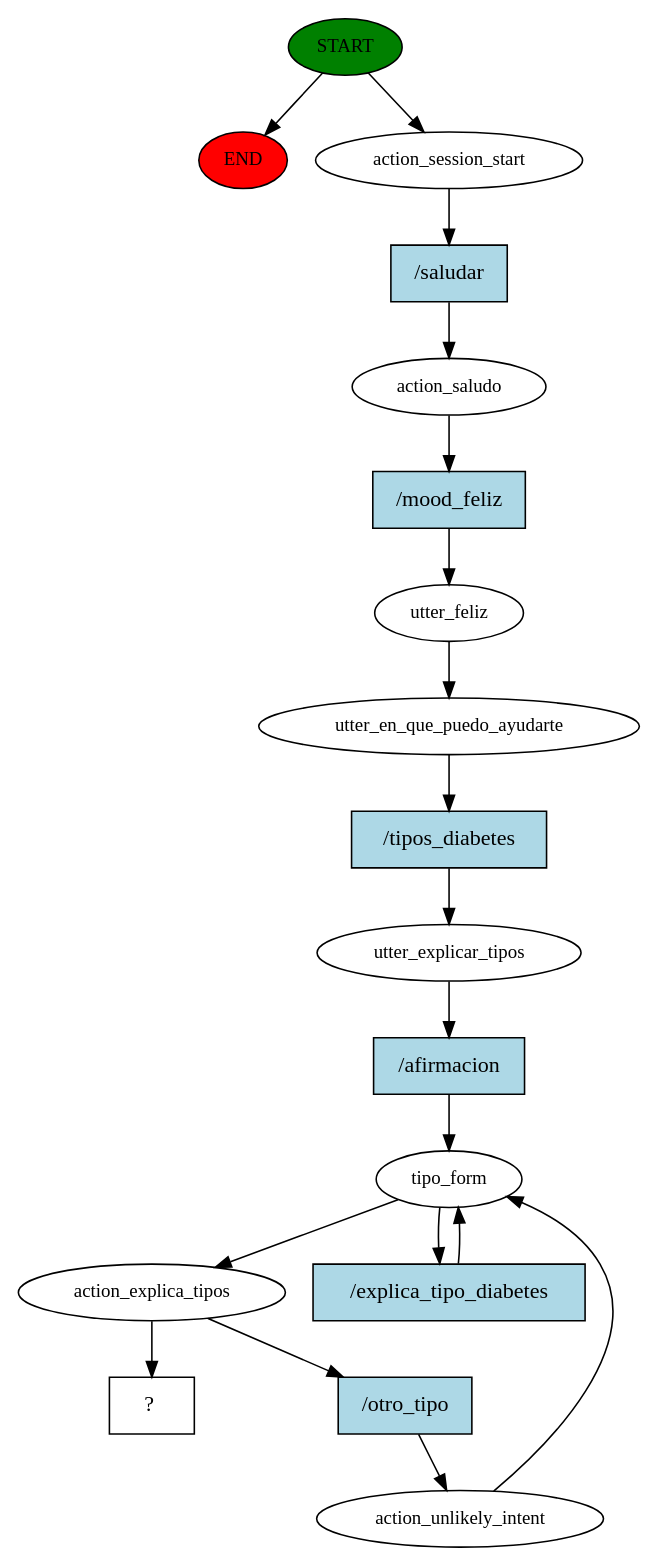
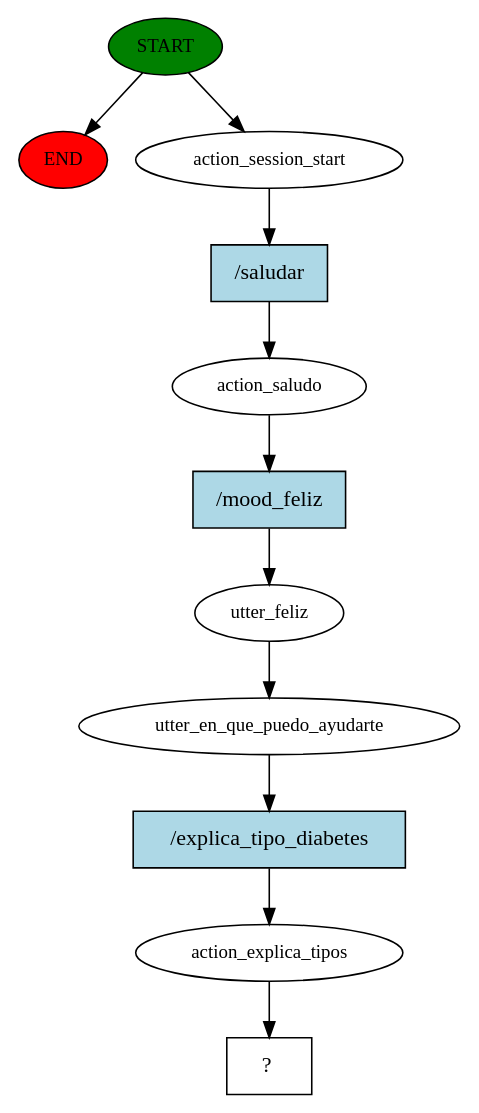
The diagram in story_graph.dot (GuillermoMejia22/ProyectoFinal), drawn with Graphviz before and after one commit. The commit also changed 639 other files, not shown here.

```diff
--- a/story_graph.dot
+++ b/story_graph.dot
@@ -1,37 +1,23 @@
 digraph  {
 0 [class="start active", fillcolor=green, fontsize=12, label=START, style=filled];
 "-1" [class=end, fillcolor=red, fontsize=12, label=END, style=filled];
 1 [class=active, fontsize=12, label=action_session_start];
 2 [class=active, fontsize=12, label=action_saludo];
 3 [class=active, fontsize=12, label=utter_feliz];
 4 [class=active, fontsize=12, label=utter_en_que_puedo_ayudarte];
-5 [class=active, fontsize=12, label=utter_explicar_tipos];
-6 [class=active, fontsize=12, label=tipo_form];
-8 [class=active, fontsize=12, label=action_explica_tipos];
-9 [class=active, fontsize=12, label=action_unlikely_intent];
-17 [class="intent dashed active", label="  ?  ", shape=rect];
-18 [class="intent active", fillcolor=lightblue, label="/saludar", shape=rect, style=filled];
-19 [class="intent active", fillcolor=lightblue, label="/mood_feliz", shape=rect, style=filled];
-20 [class="intent active", fillcolor=lightblue, label="/tipos_diabetes", shape=rect, style=filled];
-21 [class="intent active", fillcolor=lightblue, label="/afirmacion", shape=rect, style=filled];
-22 [class="intent active", fillcolor=lightblue, label="/explica_tipo_diabetes", shape=rect, style=filled];
-23 [class="intent active", fillcolor=lightblue, label="/otro_tipo", shape=rect, style=filled];
+5 [class=active, fontsize=12, label=action_explica_tipos];
+6 [class="intent dashed active", label="  ?  ", shape=rect];
+7 [class="intent active", fillcolor=lightblue, label="/saludar", shape=rect, style=filled];
+8 [class="intent active", fillcolor=lightblue, label="/mood_feliz", shape=rect, style=filled];
+9 [class="intent active", fillcolor=lightblue, label="/explica_tipo_diabetes", shape=rect, style=filled];
 0 -> "-1"  [class="", key=NONE, label=""];
 0 -> 1  [class=active, key=NONE, label=""];
-1 -> 18  [class=active, key=0];
-2 -> 19  [class=active, key=0];
+1 -> 7  [class=active, key=0];
+2 -> 8  [class=active, key=0];
 3 -> 4  [class=active, key=NONE, label=""];
-4 -> 20  [class=active, key=0];
-5 -> 21  [class=active, key=0];
-6 -> 8  [class=active, key=NONE, label=""];
-6 -> 22  [class=active, key=0];
-8 -> 17  [class=active, key=NONE, label=""];
-8 -> 23  [class=active, key=0];
-9 -> 6  [class=active, key=NONE, label=""];
-18 -> 2  [class=active, key=0];
-19 -> 3  [class=active, key=0];
-20 -> 5  [class=active, key=0];
-21 -> 6  [class=active, key=0];
-22 -> 6  [class=active, key=0];
-23 -> 9  [class=active, key=0];
+4 -> 9  [class=active, key=0];
+5 -> 6  [class=active, key=NONE, label=""];
+7 -> 2  [class=active, key=0];
+8 -> 3  [class=active, key=0];
+9 -> 5  [class=active, key=0];
 }
```
